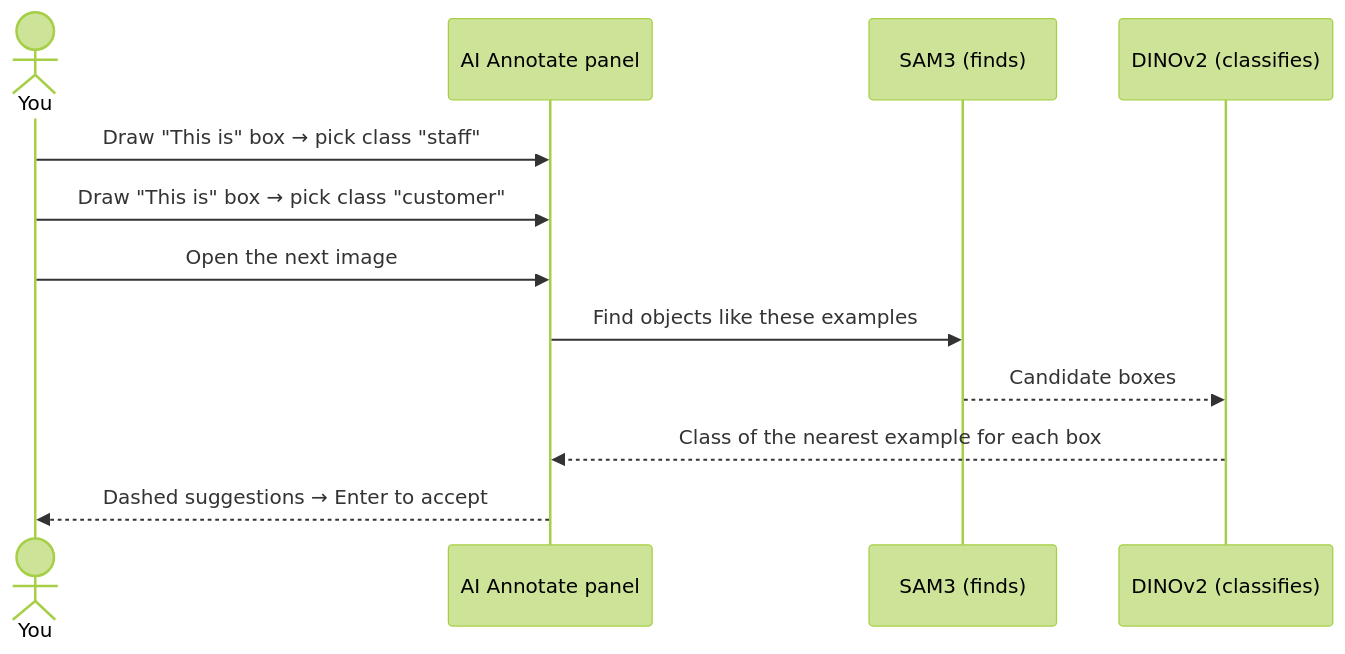
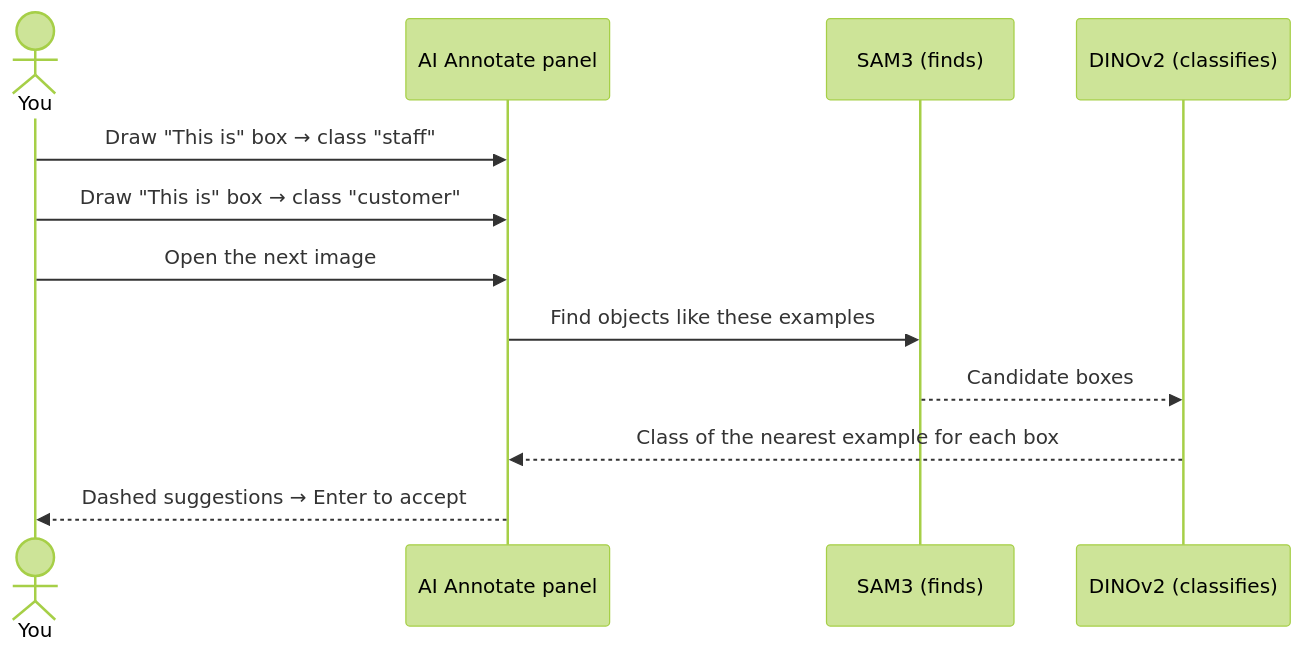
Before and after one commit to ChandraMahesh24/Annomaster1: the third of 4 diagrams in README.md, drawn with Mermaid (forest theme). The commit also changed other lines of this file, not shown here.

````diff
--- a/README.md
+++ b/README.md
@@ -259,15 +277,15 @@
 ```mermaid
 sequenceDiagram
     actor You
     participant Panel as AI Annotate panel
     participant SAM3 as SAM3 (finds)
     participant DINO as DINOv2 (classifies)
 
-    You->>Panel: Draw "This is" box → pick class "staff"
-    You->>Panel: Draw "This is" box → pick class "customer"
+    You->>Panel: Draw "This is" box → class "staff"
+    You->>Panel: Draw "This is" box → class "customer"
     You->>Panel: Open the next image
     Panel->>SAM3: Find objects like these examples
     SAM3-->>DINO: Candidate boxes
     DINO-->>Panel: Class of the nearest example for each box
     Panel-->>You: Dashed suggestions → Enter to accept
 ```
````
